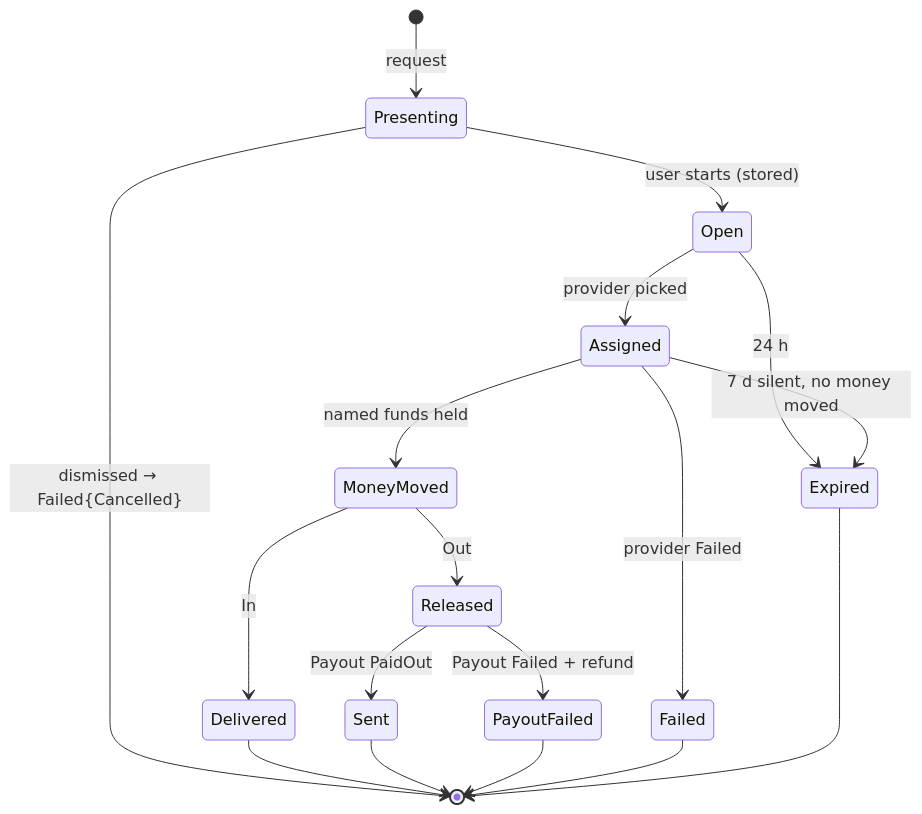
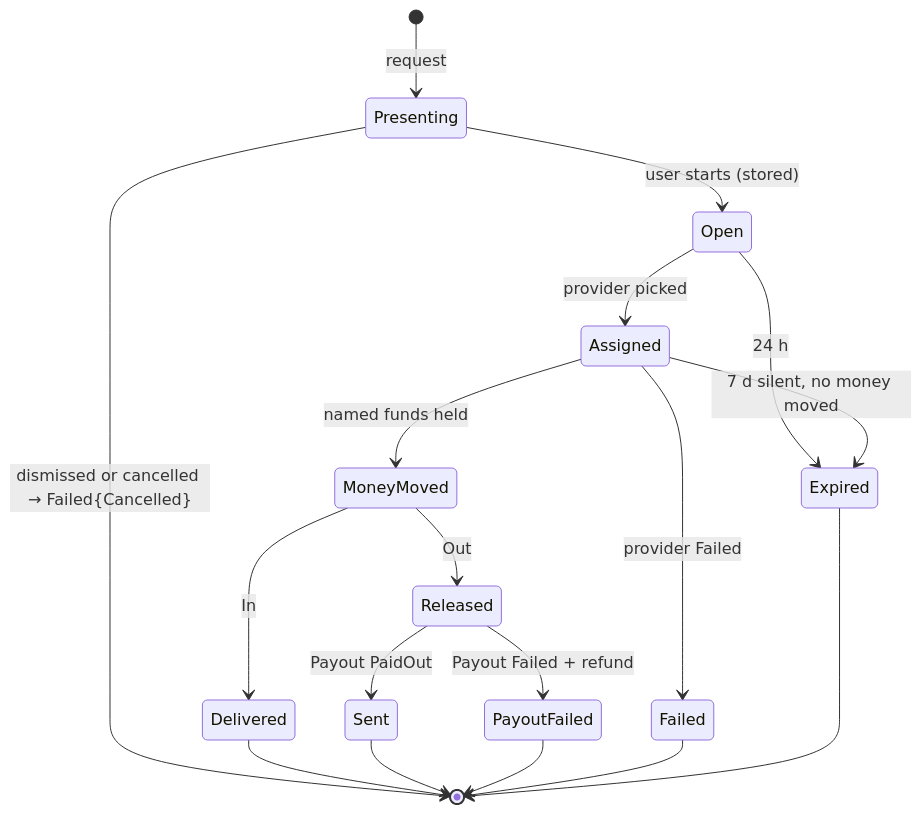
The sixth of 10 diagrams in docs/design/funding-modality.md (paritytech/trinity-user-agents), drawn with Mermaid before and after one commit. The commit also changed other lines of this file, not shown here.

````diff
--- a/docs/design/funding-modality.md
+++ b/docs/design/funding-modality.md
@@ -182,20 +182,20 @@
 ```mermaid
 stateDiagram-v2
   [*] --> Presenting: request
-  Presenting --> [*]: dismissed → Failed{Cancelled}
+  Presenting --> [*]: dismissed or cancelled → Failed{Cancelled}
   Presenting --> Open: user starts (stored)
   Open --> Assigned: provider picked
   Open --> Expired: 24 h
   Assigned --> Expired: 7 d silent, no money moved
   Assigned --> Failed: provider Failed
   Assigned --> MoneyMoved: named funds held
   MoneyMoved --> Delivered: In
   MoneyMoved --> Released: Out
   Released --> Sent: Payout PaidOut
   Released --> PayoutFailed: Payout Failed + refund
   Delivered --> [*]
   Sent --> [*]
   PayoutFailed --> [*]
   Failed --> [*]
   Expired --> [*]
 ```
````
